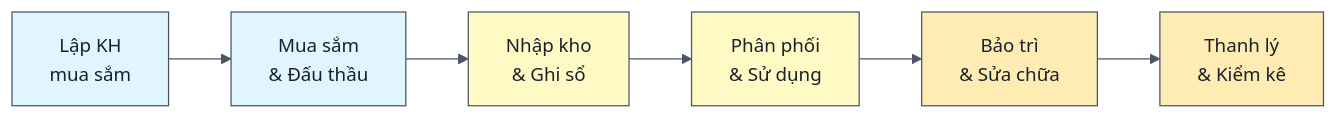
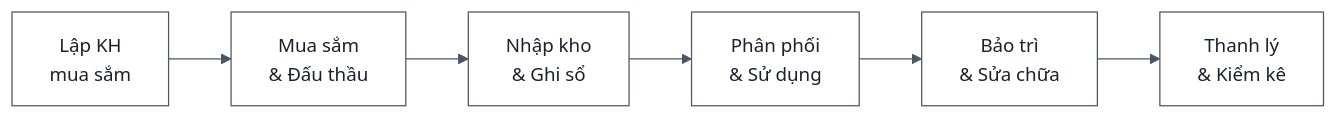
The diagram in BA-agent/BA-document-rule/core/process-decomposition-guide.md (sonbui31/BA-studies), drawn with Mermaid before and after one commit. The commit also changed other lines of this file and 28 other files, not shown here.

First line of the commit message:
Enhance diagram processing and documentation

````diff
--- a/BA-agent/BA-document-rule/core/process-decomposition-guide.md
+++ b/BA-agent/BA-document-rule/core/process-decomposition-guide.md
@@ -36,16 +37,9 @@
 ```mermaid
 %%{init: {"theme": "base", "fontFamily": "Arial, Helvetica, sans-serif", "themeVariables": {"fontSize": "15px", "primaryColor": "#FFFFFF", "primaryBorderColor": "#4A5568", "primaryTextColor": "#1A202C", "lineColor": "#4A5568", "secondaryColor": "#F7FAFC", "tertiaryColor": "#F7FAFC", "clusterBkg": "#F7FAFC", "clusterBorder": "#A0AEC0", "edgeLabelBackground": "#FFFFFF", "actorBkg": "#EBF8FF", "actorBorder": "#2B6CB0", "noteBkgColor": "#FFF8E1", "noteBorderColor": "#B7791F"}}}%%
 graph LR
     A["Lập KH<br/> mua sắm"] --> B["Mua sắm<br/>& Đấu thầu"]
     B --> C["Nhập kho<br/>& Ghi sổ"]
     C --> D["Phân phối<br/>& Sử dụng"]
     D --> E["Bảo trì<br/>& Sửa chữa"]
     E --> F["Thanh lý<br/>& Kiểm kê"]
-    
-    style A fill:#e1f5fe
-    style B fill:#e1f5fe
-    style C fill:#fff9c4
-    style D fill:#fff9c4
-    style E fill:#ffecb3
-    style F fill:#ffecb3
 ```
````
